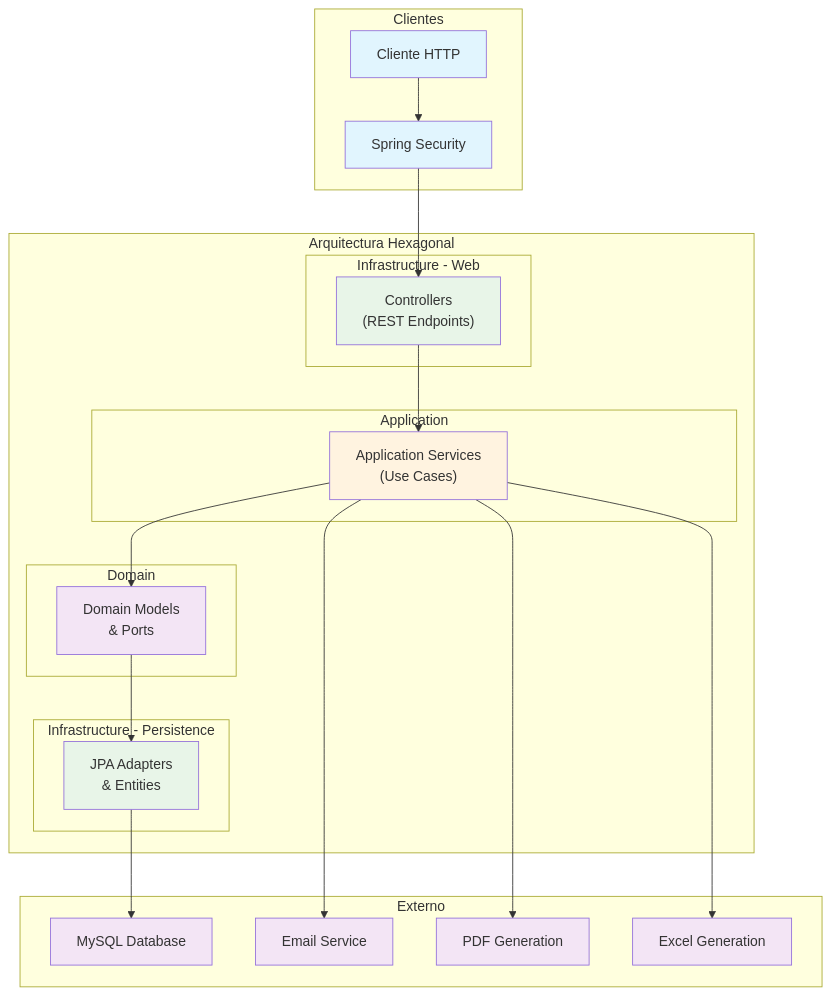
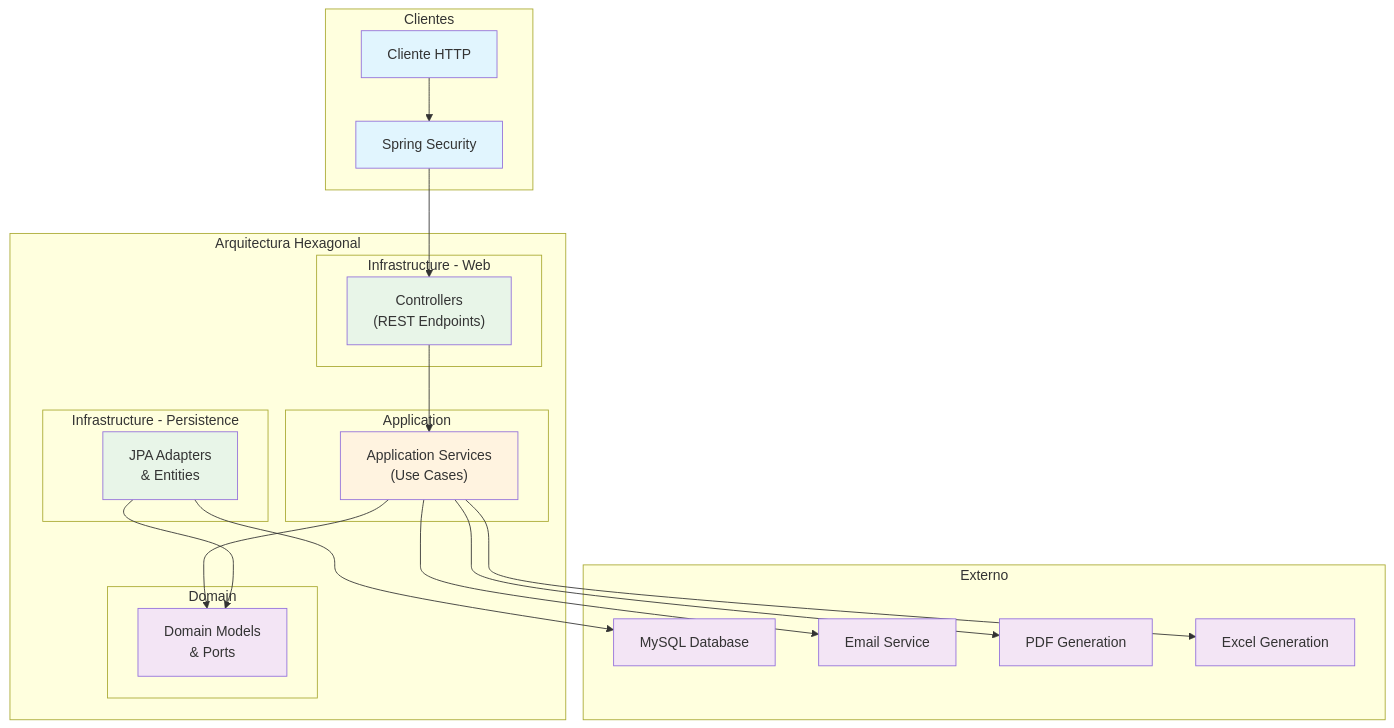
The diagram in docs/diagrams/arquitectura-facultad-service.mmd (UM-services/UM.facultad.core-service), drawn with Mermaid before and after one commit. The commit also changed 1 other file, not shown here.

Commit message:
docs(diagrams): update Mermaid diagrams

```diff
--- a/docs/diagrams/arquitectura-facultad-service.mmd
+++ b/docs/diagrams/arquitectura-facultad-service.mmd
@@ -1,46 +1,46 @@
-graph TB
+flowchart TD
     subgraph Clientes ["Clientes"]
         A["Cliente HTTP"] --> B["Spring Security"]
     end
 
     subgraph Hexagonal ["Arquitectura Hexagonal"]
         subgraph Web ["Infrastructure - Web"]
             C["Controllers<br/>(REST Endpoints)"]
         end
         subgraph App ["Application"]
             D["Application Services<br/>(Use Cases)"]
         end
         subgraph Domain ["Domain"]
             E["Domain Models<br/>& Ports"]
         end
         subgraph Persistence ["Infrastructure - Persistence"]
             F["JPA Adapters<br/>& Entities"]
         end
         C --> D
         D --> E
-        E --> F
+        F --> E
     end
 
     subgraph External ["Externo"]
         G["MySQL Database"]
         H["Email Service"]
         I["PDF Generation"]
         J["Excel Generation"]
     end
 
     B --> C
     F --> G
     D --> H
     D --> I
     D --> J
 
     style A fill:#e1f5fe
     style B fill:#e1f5fe
     style C fill:#e8f5e8
     style D fill:#fff3e0
     style E fill:#f3e5f5
     style F fill:#e8f5e8
     style G fill:#f3e5f5
     style H fill:#f3e5f5
     style I fill:#f3e5f5
     style J fill:#f3e5f5
```
